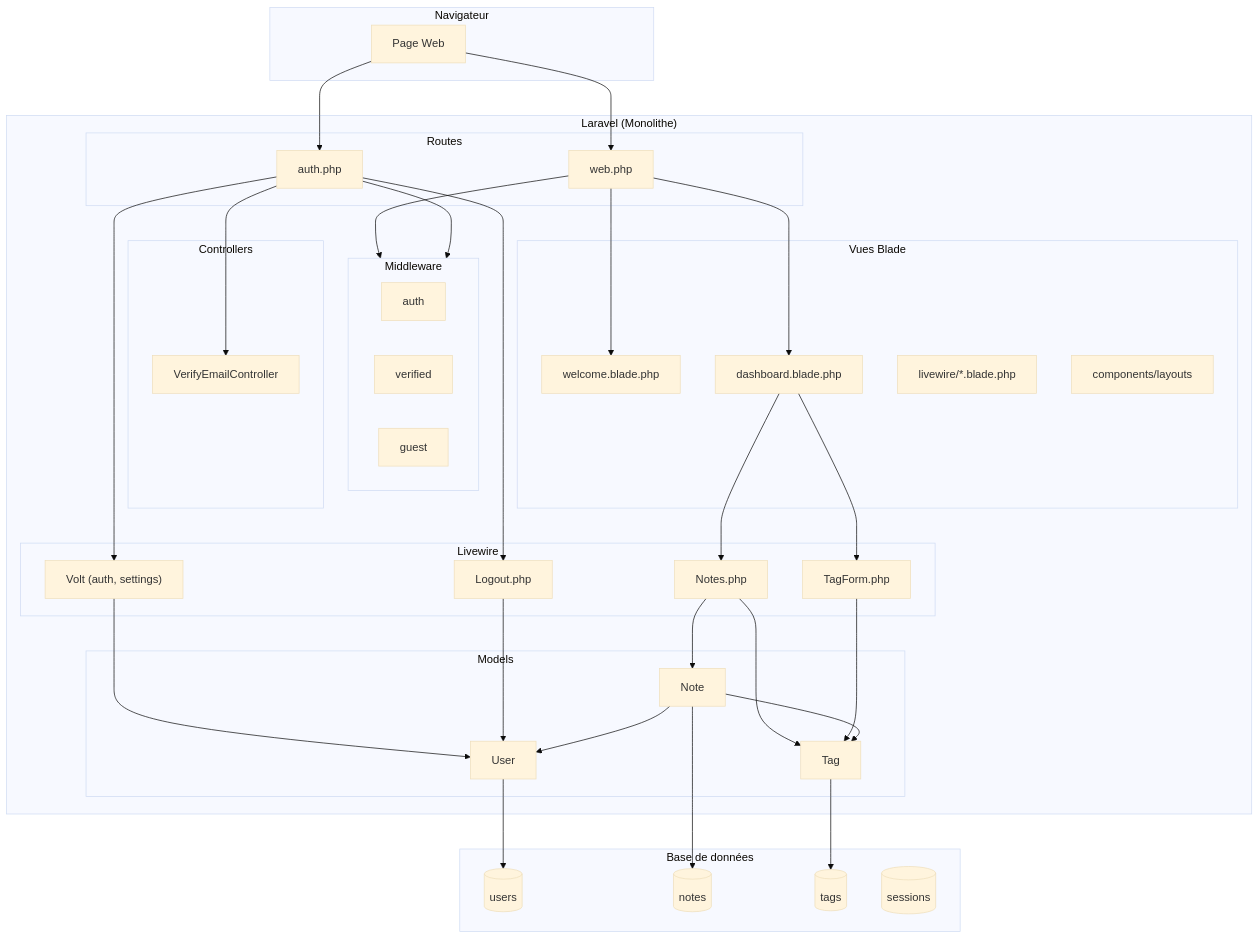
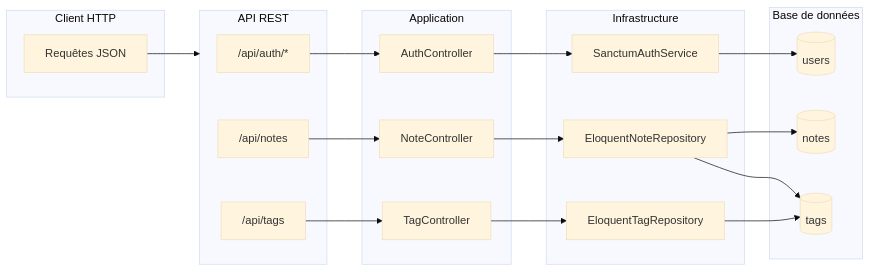
One commit to laurentcoufinal/projet3 changed the first of 2 diagrams in ARCHITECTURE.md. Above: the diagram before and after it, drawn with Mermaid (base theme). The commit also changed other lines of this file, not shown here.

Commit message:
ajout fichier decrivant architecture

````diff
--- a/ARCHITECTURE.md
+++ b/ARCHITECTURE.md
@@ -162,74 +111,42 @@
 ```mermaid
-flowchart TB
-    subgraph Client["Navigateur"]
-        Browser[Page Web]
+flowchart LR
+    subgraph Client["Client HTTP"]
+        Req[Requêtes JSON]
     end
 
-    subgraph Laravel["Laravel (Monolithe)"]
-        subgraph Routes["Routes"]
-            Web["web.php"]
-            Auth["auth.php"]
-        end
-
-        subgraph Middleware["Middleware"]
-            AuthMW["auth"]
-            Verified["verified"]
-            Guest["guest"]
-        end
-
-        subgraph Controllers["Controllers"]
-            VerifyEmail["VerifyEmailController"]
-        end
-
-        subgraph Livewire["Livewire"]
-            Notes["Notes.php"]
-            TagForm["TagForm.php"]
-            Logout["Logout.php"]
-            Volt["Volt (auth, settings)"]
-        end
-
-        subgraph Models["Models"]
-            User["User"]
-            Note["Note"]
-            Tag["Tag"]
-        end
-
-        subgraph Views["Vues Blade"]
-            Welcome["welcome.blade.php"]
-            Dashboard["dashboard.blade.php"]
-            LivewireViews["livewire/*.blade.php"]
-            Layouts["components/layouts"]
-        end
+    subgraph API["API REST"]
+        Auth["/api/auth/*"]
+        Notes["/api/notes"]
+        Tags["/api/tags"]
     end
 
-    subgraph Database["Base de données"]
-        UsersTable[(users)]
+    subgraph App["Application"]
+        AC[AuthController]
+        NC[NoteController]
+        TC[TagController]
+    end
+
+    subgraph Infra["Infrastructure"]
+        Sanctum[SanctumAuthService]
+        NoteRepo[EloquentNoteRepository]
+        TagRepo[EloquentTagRepository]
+    end
+
+    subgraph DB["Base de données"]
+        Users[(users)]
         NotesTable[(notes)]
         TagsTable[(tags)]
-        SessionsTable[(sessions)]
     end
 
-    Browser --> Web
-    Browser --> Auth
-    Web --> Middleware
-    Auth --> Middleware
-    Web --> Welcome
-    Web --> Dashboard
-    Dashboard --> Notes
-    Dashboard --> TagForm
-    Auth --> Volt
-    Auth --> VerifyEmail
-    Auth --> Logout
-
-    Notes --> Note
-    Notes --> Tag
-    TagForm --> Tag
-    Volt --> User
-    Logout --> User
-
-    Note --> User
-    Note --> Tag
-    User --> UsersTable
-    Note --> NotesTable
-    Tag --> TagsTable
+    Req --> API
+    Auth --> AC
+    Notes --> NC
+    Tags --> TC
+    AC --> Sanctum
+    NC --> NoteRepo
+    TC --> TagRepo
+    Sanctum --> Users
+    NoteRepo --> NotesTable
+    NoteRepo --> TagsTable
+    TagRepo --> TagsTable
 ```
````
